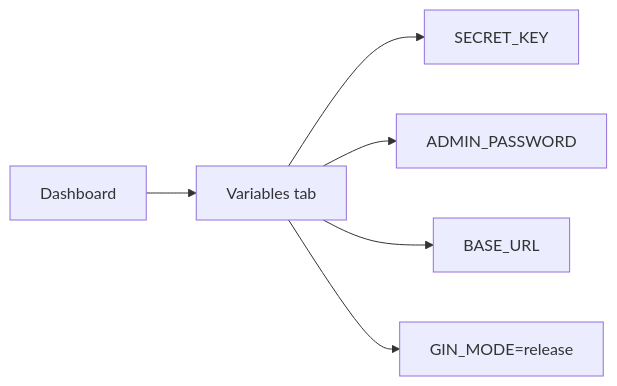
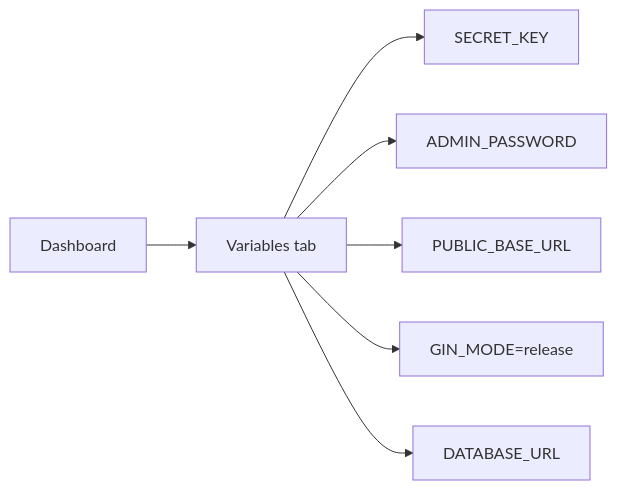
The third of 3 diagrams in DEPLOY_RAILWAY.md (Kouskous56/Goshorty), drawn with Mermaid before and after one commit. The commit also changed other lines of this file and 25 other files, not shown here.

````diff
--- a/DEPLOY_RAILWAY.md
+++ b/DEPLOY_RAILWAY.md
@@ -69,8 +69,9 @@
 ```mermaid
 graph LR
     A[Dashboard] --> B[Variables tab]
     B --> C[SECRET_KEY]
     B --> D[ADMIN_PASSWORD]
-    B --> E[BASE_URL]
+    B --> E[PUBLIC_BASE_URL]
     B --> F[GIN_MODE=release]
+    B --> G[DATABASE_URL]
 ```
````
